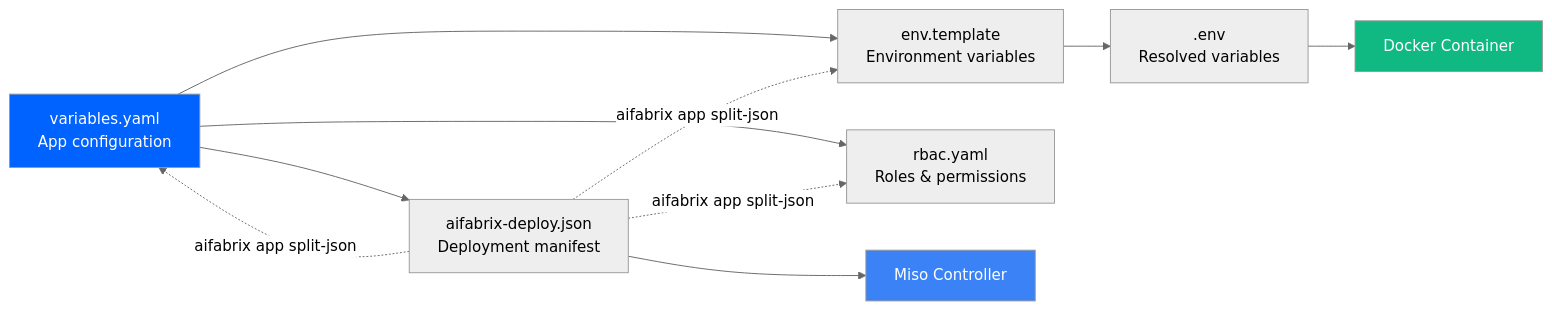
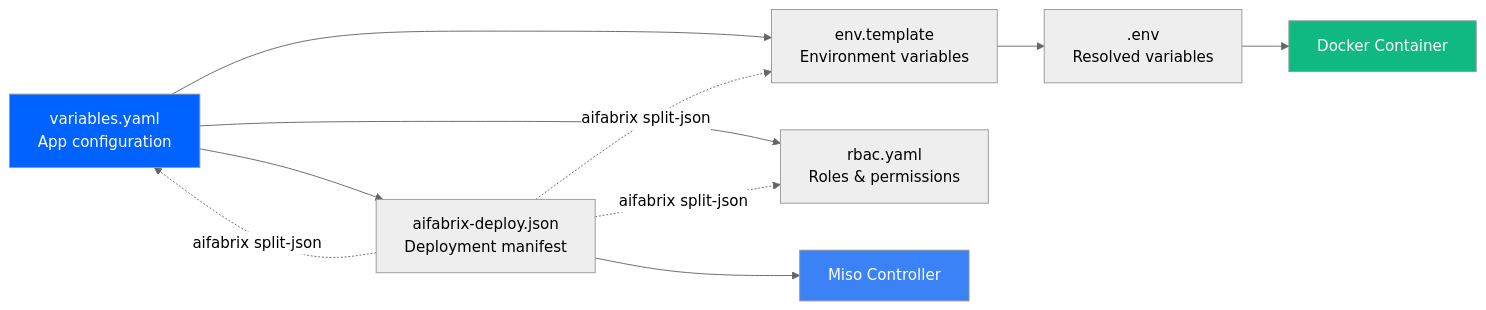
One commit to esystemsdev/aifabrix-builder changed the first of 3 diagrams in docs/CONFIGURATION.md. Above: the diagram before and after it, drawn with Mermaid (neutral theme). The commit also changed other lines of this file and 6 other files, not shown here.

````diff
--- a/docs/CONFIGURATION.md
+++ b/docs/CONFIGURATION.md
@@ -11,16 +11,16 @@
 ```mermaid
 flowchart LR
     Variables[variables.yaml<br/>App configuration] --> EnvTemplate[env.template<br/>Environment variables]
     EnvTemplate --> Env[.env<br/>Resolved variables]
     Variables --> Rbac[rbac.yaml<br/>Roles & permissions]
     Variables --> DeployJson[aifabrix-deploy.json<br/>Deployment manifest]
     Env --> Container[Docker Container]
     DeployJson --> Controller[Miso Controller]
-    DeployJson -.->|aifabrix app split-json| Variables
-    DeployJson -.->|aifabrix app split-json| EnvTemplate
-    DeployJson -.->|aifabrix app split-json| Rbac
+    DeployJson -.->|aifabrix split-json| Variables
+    DeployJson -.->|aifabrix split-json| EnvTemplate
+    DeployJson -.->|aifabrix split-json| Rbac
     
     style Variables fill:#0062FF,color:#FFFFFF
     style Container fill:#10B981,color:#FFFFFF
     style Controller fill:#3B82F6,color:#FFFFFF
 ```
````
